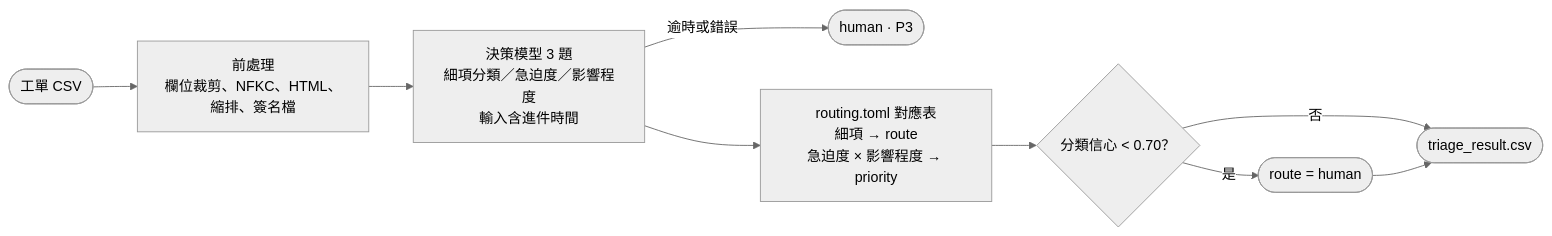
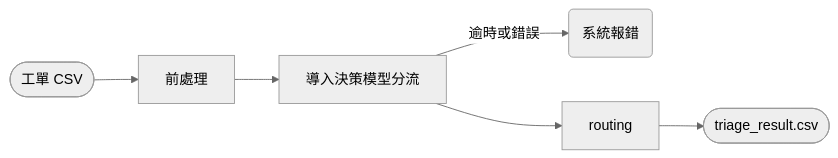
The diagram in poc/README.md (tarohuang1999-droid/ai-customer-service-assessment), drawn with Mermaid (neutral theme) before and after one commit. The commit also changed 1 other file, not shown here.

Commit message:
docs(poc): simplify README flowchart; ignore output

````diff
--- a/poc/README.md
+++ b/poc/README.md
@@ -69,11 +69,8 @@
 ```mermaid
 flowchart LR
-    In([工單 CSV]) --> Pre[前處理<br>欄位裁剪、NFKC、HTML、縮排、簽名檔]
-    Pre --> M[決策模型 3 題<br>細項分類／急迫度／影響程度<br>輸入含進件時間]
-    M -->|逾時或錯誤| Fail([human · P3])
-    M --> Map[routing.toml 對應表<br>細項 → route<br>急迫度 × 影響程度 → priority]
-    Map --> C{分類信心 < 0.70？}
-    C -->|是| H([route = human])
-    C -->|否| Out([triage_result.csv])
-    H --> Out
+    In([工單 CSV]) --> Pre[前處理]
+    Pre --> M[導入決策模型分流]
+    M -->|逾時或錯誤| Fail(系統報錯)
+    M --> Map[routing]
+    Map --> Out([triage_result.csv])
 ```
````
